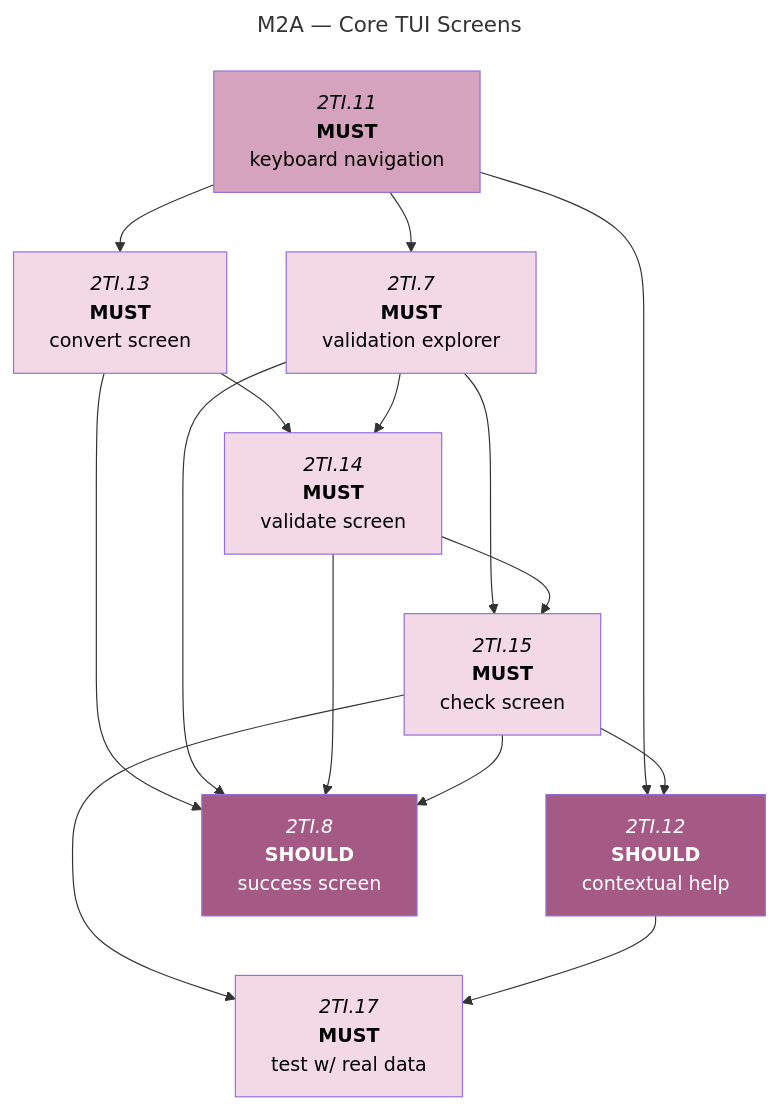
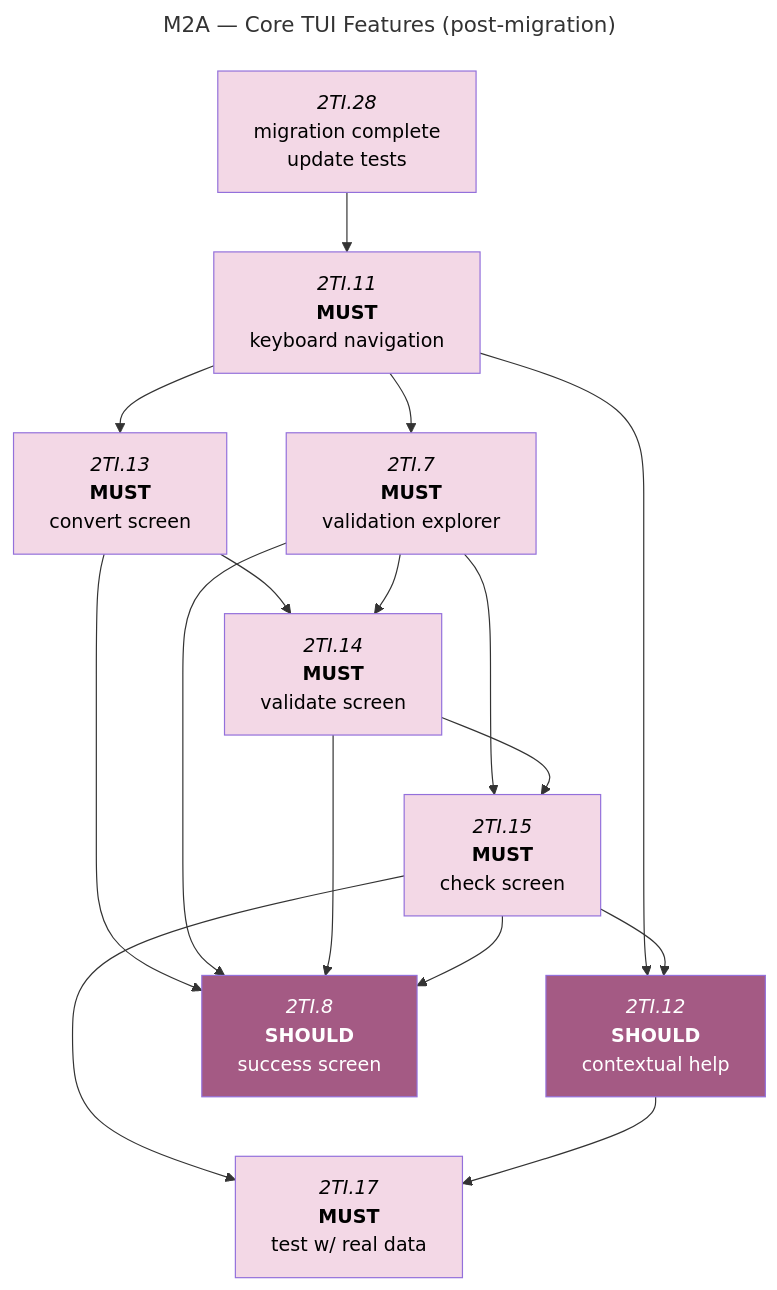
Before and after one commit to foundersandcoders/iris: the third of 6 diagrams in docs/roadmaps/phase-1-mvp-features.md, drawn with Mermaid. The commit also changed other lines of this file and 1 other file, not shown here.

First line of the commit message:
docs: integrate OpenTUI migration tasks into MVP roadmap

````diff
--- a/docs/roadmaps/phase-1-mvp-features.md
+++ b/docs/roadmaps/phase-1-mvp-features.md
@@ -137,28 +200,30 @@
 ```mermaid
 ---
-title: M2A — Core TUI Screens
+title: M2A — Core TUI Features (post-migration)
 ---
 graph TD
 
-2TI.11["`*2TI.11*<br/>**MUST**<br/>keyboard navigation`"]:::must-open --> 2TI.13 & 2TI.7 & 2TI.12
+2TI.28["`*2TI.28*<br/>migration complete<br/>update tests`"]:::must-blocked --> 2TI.11
+
+2TI.11["`*2TI.11*<br/>**MUST**<br/>keyboard navigation`"]:::must-blocked --> 2TI.13 & 2TI.7 & 2TI.12
 
 2TI.13["`*2TI.13*<br/>**MUST**<br/>convert screen`"]:::must-blocked --> 2TI.14 & 2TI.8
 2TI.7["`*2TI.7*<br/>**MUST**<br/>validation explorer`"]:::must-blocked --> 2TI.14 & 2TI.15 & 2TI.8
 
 2TI.14["`*2TI.14*<br/>**MUST**<br/>validate screen`"]:::must-blocked --> 2TI.15 & 2TI.8
 2TI.15["`*2TI.15*<br/>**MUST**<br/>check screen`"]:::must-blocked --> 2TI.12 & 2TI.17 & 2TI.8
 
 2TI.12["`*2TI.12*<br/>**SHOULD**<br/>contextual help`"]:::should-blocked --> 2TI.17
 
 2TI.8["`*2TI.8*<br/>**SHOULD**<br/>success screen`"]:::should-blocked
 
 2TI.17["`*2TI.17*<br/>**MUST**<br/>test w/ real data`"]:::must-blocked
 
 classDef must-open fill:#D6A3BF,color:#000;
 classDef must-blocked fill:#F3D8E6,color:#000;
 classDef should-open fill:#6F2A52,color:#fff;
 classDef should-blocked fill:#A45A84,color:#fff;
 classDef could-open fill:#3E7F96,color:#fff;
 classDef could-blocked fill:#5FA3BA,color:#fff;
 classDef mile fill:#E8EFF6,color:#000;
 ```
````
